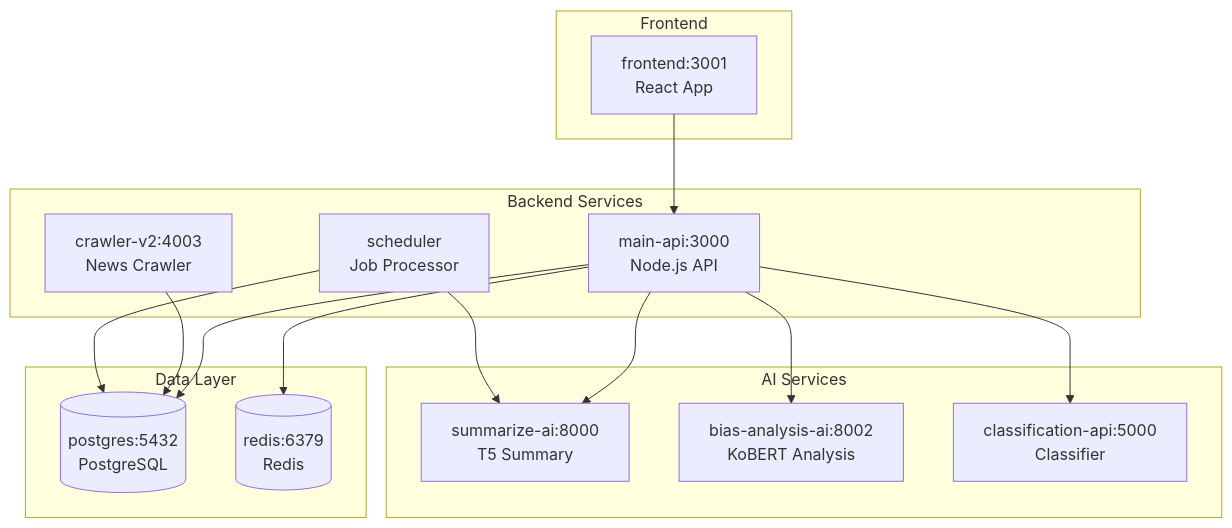
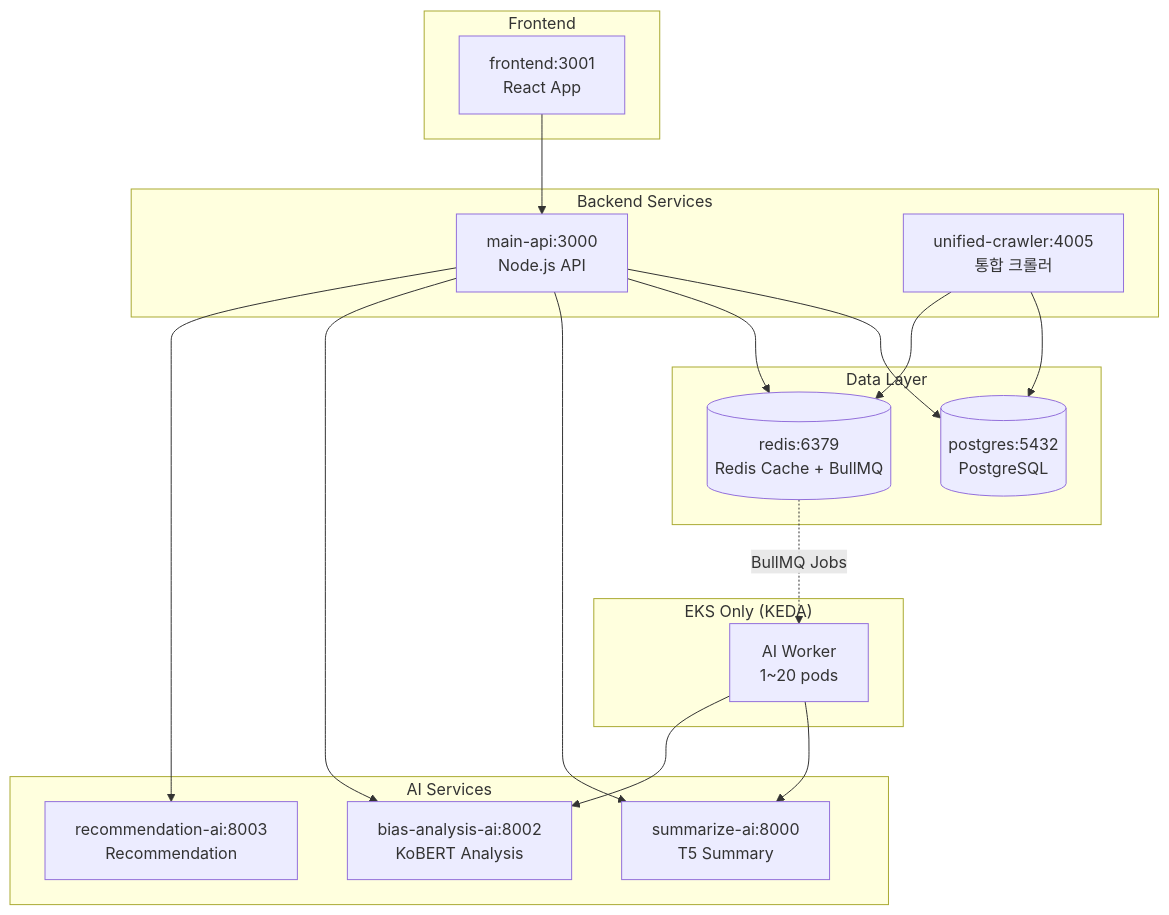
Before and after one commit to poungkee/my_fans: the second of 4 diagrams in docs/01_프로젝트_시작가이드.md, drawn with Mermaid. The commit also changed other lines of this file and 56 other files, not shown here.

````diff
--- a/docs/01_프로젝트_시작가이드.md
+++ b/docs/01_프로젝트_시작가이드.md
@@ -279,33 +294,38 @@
 ```mermaid
 graph TB
     subgraph "Frontend"
         FE[frontend:3001<br/>React App]
     end
 
     subgraph "Backend Services"
         API[main-api:3000<br/>Node.js API]
-        CRAWLER[crawler-v2:4003<br/>News Crawler]
-        SCHEDULER[scheduler<br/>Job Processor]
+        CRAWLER[unified-crawler:4005<br/>통합 크롤러]
     end
 
     subgraph "AI Services"
         SUM[summarize-ai:8000<br/>T5 Summary]
         BIAS[bias-analysis-ai:8002<br/>KoBERT Analysis]
-        CLASS[classification-api:5000<br/>Classifier]
+        REC[recommendation-ai:8003<br/>Recommendation]
     end
 
     subgraph "Data Layer"
         DB[(postgres:5432<br/>PostgreSQL)]
-        CACHE[(redis:6379<br/>Redis)]
+        CACHE[(redis:6379<br/>Redis Cache + BullMQ)]
     end
 
     FE --> API
     API --> DB
     API --> CACHE
     API --> SUM
     API --> BIAS
-    API --> CLASS
+    API --> REC
     CRAWLER --> DB
-    SCHEDULER --> DB
-    SCHEDULER --> SUM
+    CRAWLER --> CACHE
+    CACHE -.BullMQ Jobs.-> AI-Worker
+
+    subgraph "EKS Only (KEDA)"
+        AI-Worker[AI Worker<br/>1~20 pods]
+        AI-Worker --> SUM
+        AI-Worker --> BIAS
+    end
 ```
````
